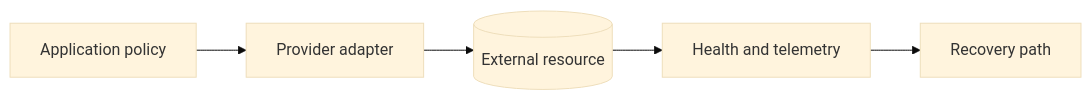
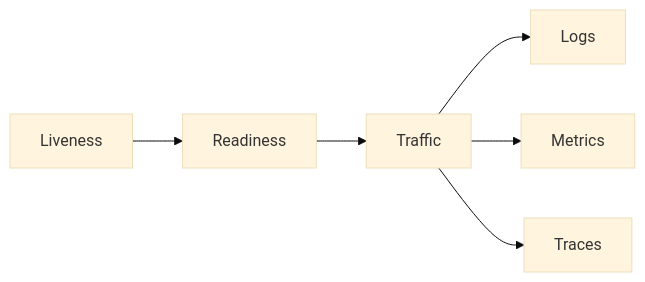
Before and after one commit to jeffersoncampos12p-dev/jeston: the diagram in path/to/docs/platform/health-observability.mdx, drawn with Mermaid (base theme). The commit also changed other lines of this file and 31 other files, not shown here.

````diff
--- a/path/to/docs/platform/health-observability.mdx
+++ b/path/to/docs/platform/health-observability.mdx
@@ -95,7 +51,8 @@
 ```mermaid placement="top-right"
 flowchart LR
-    app[Application policy] --> adapter[Provider adapter]
-    adapter --> resource[(External resource)]
-    resource --> telemetry[Health and telemetry]
-    telemetry --> recovery[Recovery path]
+    process[Liveness] --> ready[Readiness]
+    ready --> traffic[Traffic]
+    traffic --> logs[Logs]
+    traffic --> metrics[Metrics]
+    traffic --> traces[Traces]
 ```
````
